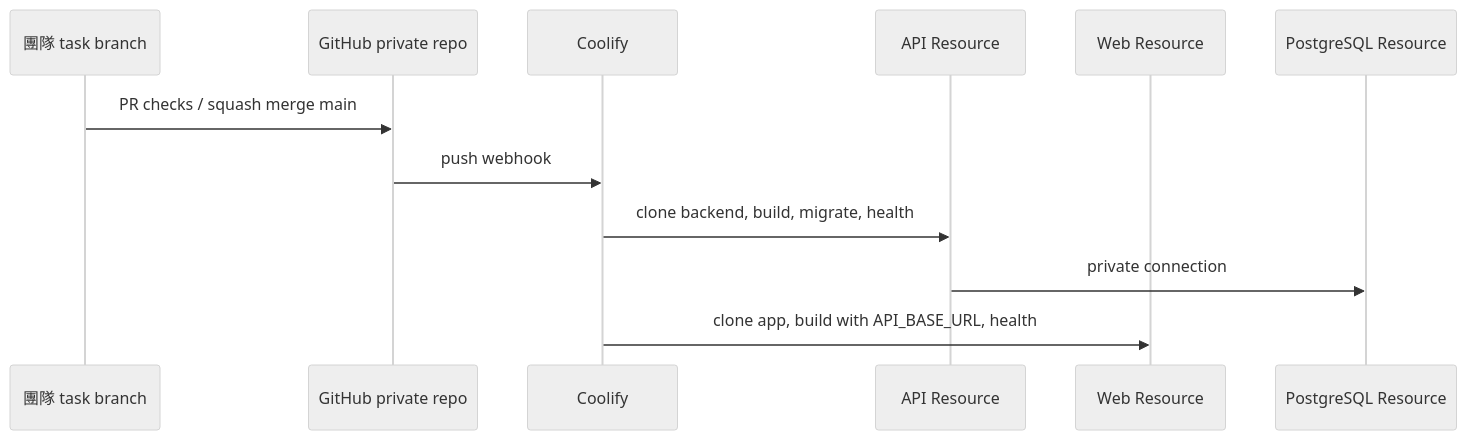
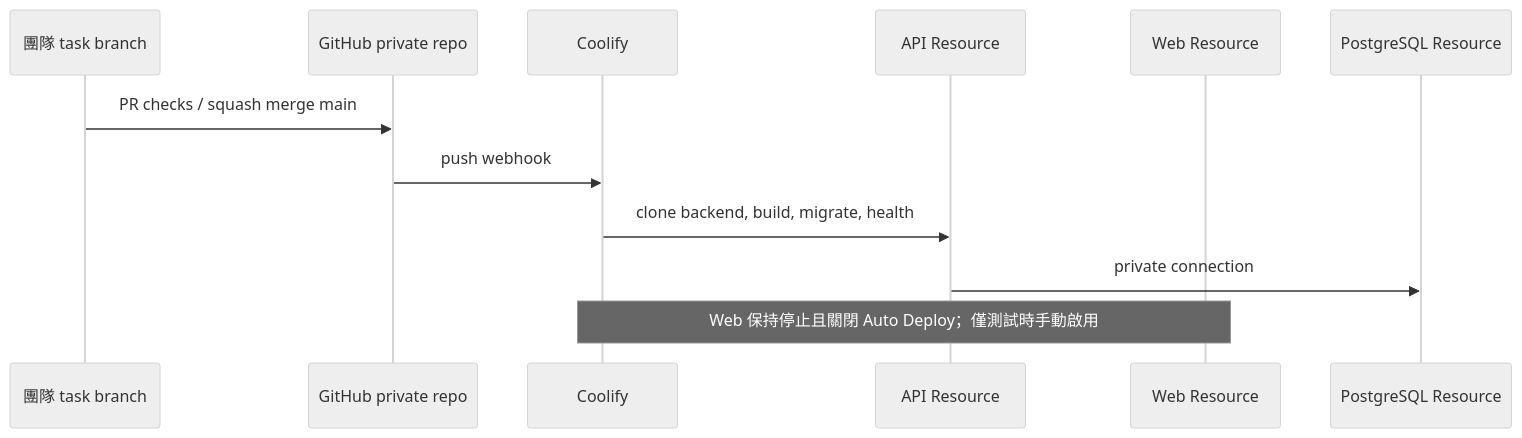
Before and after one commit to Sutdents-Project-Hub/FutureMint_AI: the diagram in docs/hosting-resources.md, drawn with Mermaid (neutral theme). The commit also changed other lines of this file and 30 other files, not shown here.

````diff
--- a/docs/hosting-resources.md
+++ b/docs/hosting-resources.md
@@ -42,14 +42,14 @@
 ```mermaid
 sequenceDiagram
     participant Dev as 團隊 task branch
     participant GH as GitHub private repo
     participant C as Coolify
     participant API as API Resource
     participant WEB as Web Resource
     participant DB as PostgreSQL Resource
     Dev->>GH: PR checks / squash merge main
     GH->>C: push webhook
     C->>API: clone backend, build, migrate, health
     API->>DB: private connection
-    C->>WEB: clone app, build with API_BASE_URL, health
+    Note over C,WEB: Web 保持停止且關閉 Auto Deploy；僅測試時手動啟用
 ```
````
